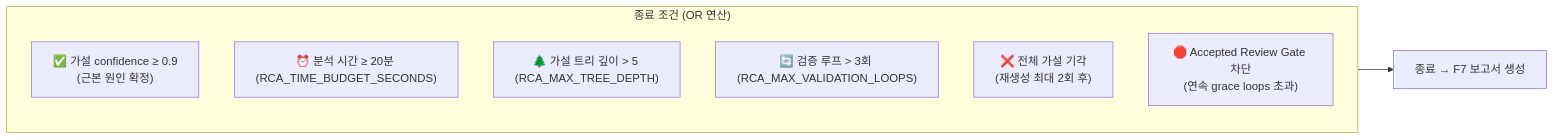
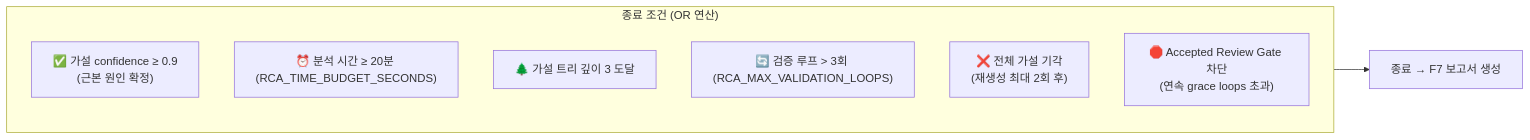
The seventh of 24 diagrams in docs/system-guide-for-ops.md (haandol/rca-agent), drawn with Mermaid before and after one commit. The commit also changed other lines of this file and 64 other files, not shown here.

````diff
--- a/docs/system-guide-for-ops.md
+++ b/docs/system-guide-for-ops.md
@@ -414,13 +414,13 @@
 ```mermaid
 graph LR
     subgraph Conditions["종료 조건 (OR 연산)"]
         C1["✅ 가설 confidence ≥ 0.9<br/>(근본 원인 확정)"]
         C2["⏰ 분석 시간 ≥ 20분 (RCA_TIME_BUDGET_SECONDS)"]
-        C3["🌲 가설 트리 깊이 > 5 (RCA_MAX_TREE_DEPTH)"]
+        C3["🌲 가설 트리 깊이 3 도달"]
         C4["🔄 검증 루프 > 3회 (RCA_MAX_VALIDATION_LOOPS)"]
         C5["❌ 전체 가설 기각<br/>(재생성 최대 2회 후)"]
         C6["🛑 Accepted Review Gate 차단<br/>(연속 grace loops 초과)"]
     end
 
     Conditions --> STOP["종료 → F7 보고서 생성"]
 ```
````
